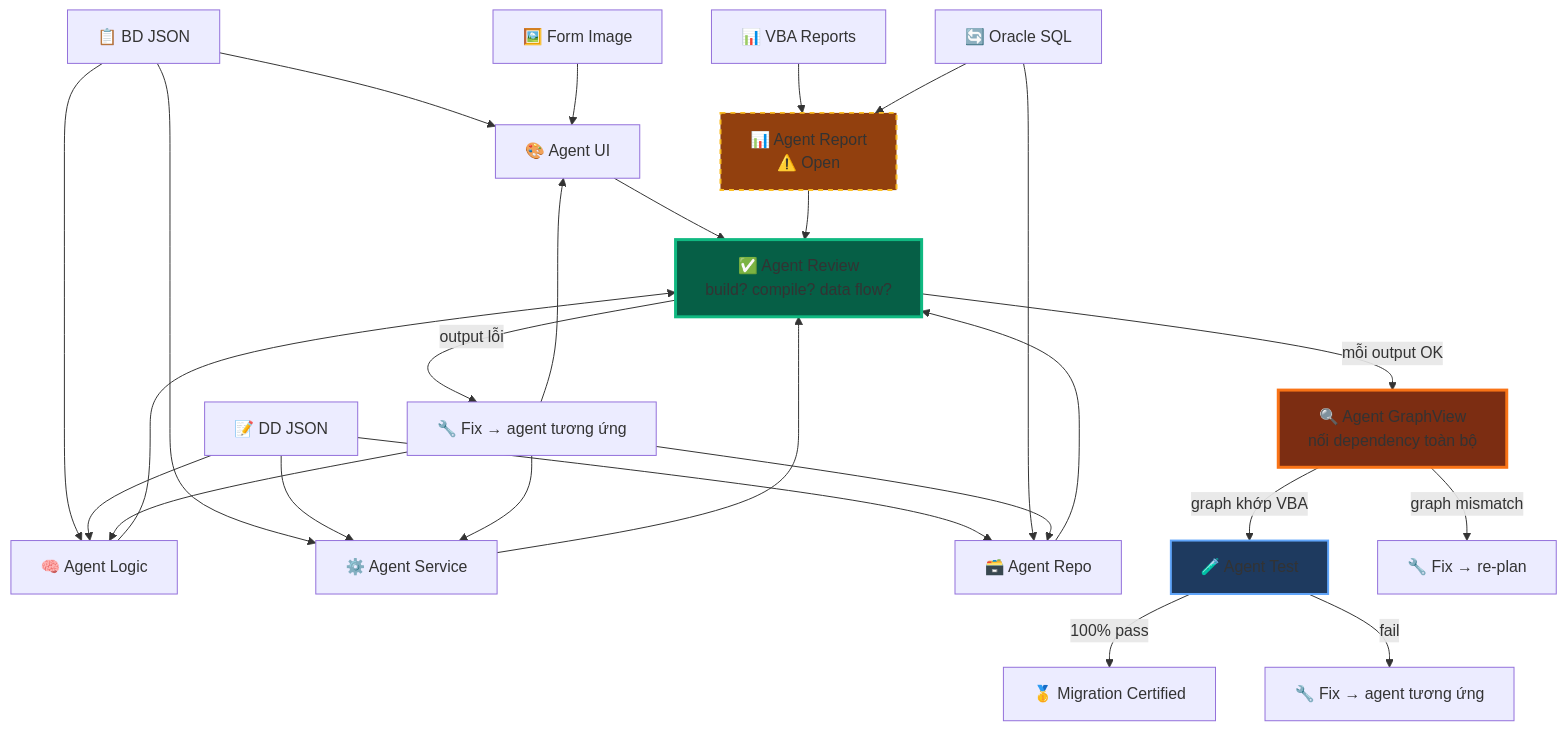
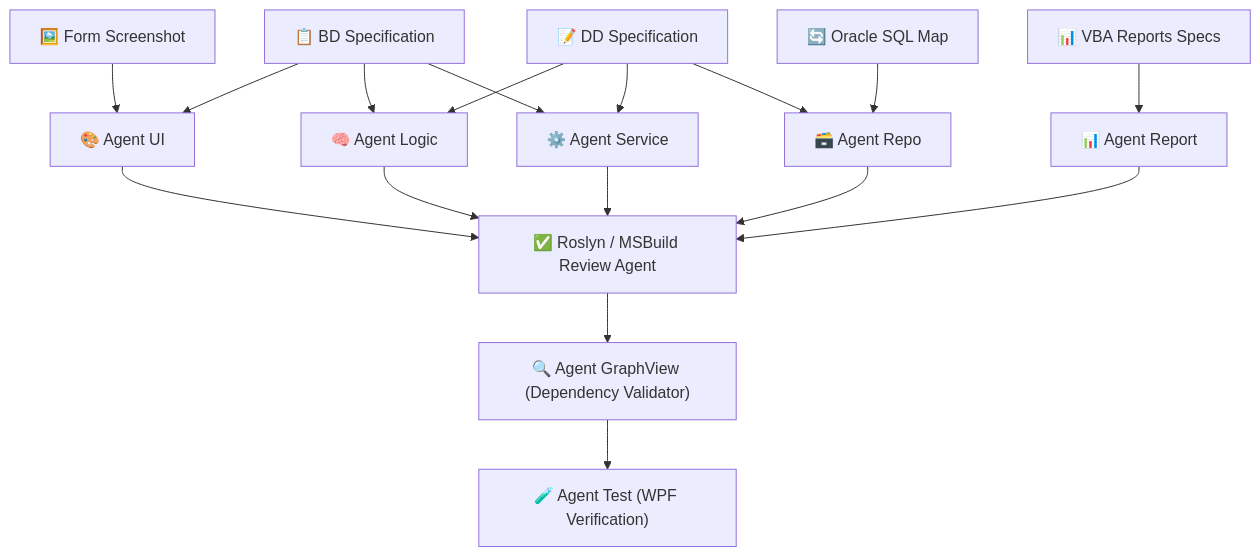
The second of 2 diagrams in docs/AI_KNOWLEDGE_BASE.md (baoluong2900/vba-to-wpf-migration), drawn with Mermaid before and after one commit. The commit also changed other lines of this file and 40 other files, not shown here.

````diff
--- a/docs/AI_KNOWLEDGE_BASE.md
+++ b/docs/AI_KNOWLEDGE_BASE.md
@@ -2430,33 +1306,21 @@
 ```mermaid
 graph TD
-    BD["📋 BD JSON"] --> UI["🎨 Agent UI"]
-    IMG["🖼️ Form Image"] --> UI
+    BD["📋 BD Specification"] --> UI["🎨 Agent UI"]
+    IMG["🖼️ Form Screenshot"] --> UI
     BD --> LOGIC["🧠 Agent Logic"]
-    DD["📝 DD JSON"] --> LOGIC
+    DD["📝 DD Specification"] --> LOGIC
     BD --> SVC["⚙️ Agent Service"]
     DD --> SVC
     DD --> REPO["🗃️ Agent Repo"]
-    SQL["🔄 Oracle SQL"] --> REPO
-    RPT["📊 VBA Reports"] --> REPORT["📊 Agent Report<br/>⚠️ Open"]
-    SQL --> REPORT
-
-    UI --> RV["✅ Agent Review<br/>build? compile? data flow?"]
+    SQL["🔄 Oracle SQL Map"] --> REPO
+    RPT["📊 VBA Reports Specs"] --> REPORT["📊 Agent Report"]
+    
+    UI --> RV["✅ Roslyn / MSBuild Review Agent"]
     LOGIC --> RV
     SVC --> RV
     REPO --> RV
     REPORT --> RV
-
-    RV -->|"mỗi output OK"| GV["🔍 Agent GraphView<br/>nối dependency toàn bộ"]
-    RV -->|"output lỗi"| FIX1["🔧 Fix → agent tương ứng"]
-    FIX1 --> UI & LOGIC & SVC & REPO
-
-    GV -->|"graph khớp VBA"| TEST["🧪 Agent Test"]
-    GV -->|"graph mismatch"| FIX2["🔧 Fix → re-plan"]
-    TEST -->|"100% pass"| GM["🥇 Migration Certified"]
-    TEST -->|"fail"| FIX3["🔧 Fix → agent tương ứng"]
-
-    style RV fill:#065f46,stroke:#10b981,stroke-width:3px
-    style GV fill:#7c2d12,stroke:#f97316,stroke-width:3px
-    style TEST fill:#1e3a5f,stroke:#60a5fa,stroke-width:2px
-    style REPORT fill:#92400e,stroke:#fbbf24,stroke-width:2px,stroke-dasharray: 5 5
+    
+    RV --> GV["🔍 Agent GraphView (Dependency Validator)"]
+    GV --> TS["🧪 Agent Test (WPF Verification)"]
 ```
````
